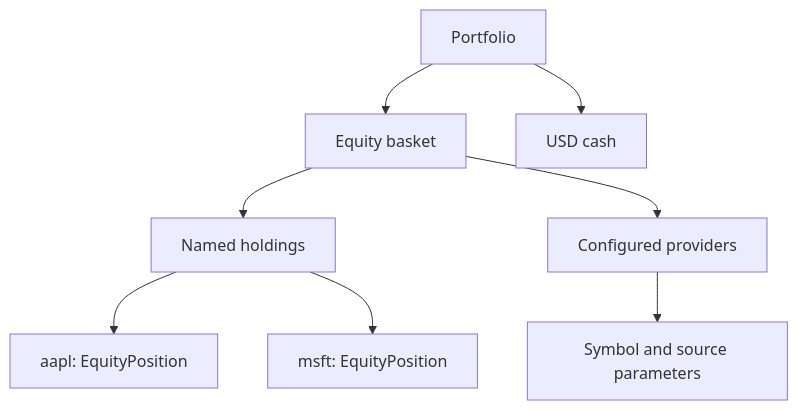
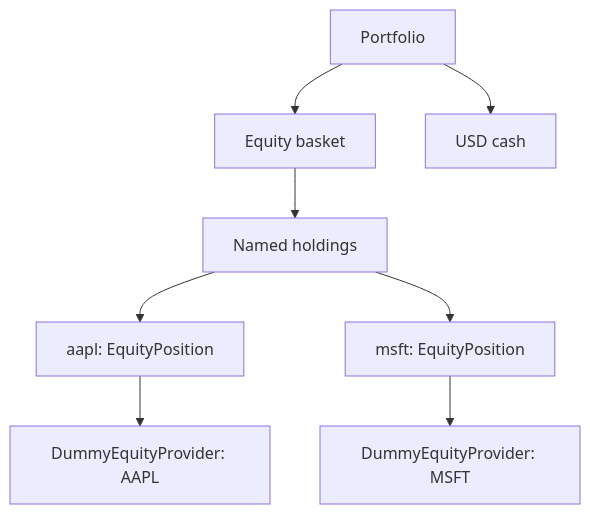
One commit to Code0x58/modello changed the diagram in docs/examples/portfolio/holdings.rst. Above: the diagram before and after it, drawn with Mermaid. The commit also changed other lines of this file and 19 other files, not shown here.

Commit message:
Declare holdings and their providers together

```diff
--- a/docs/examples/portfolio/holdings.rst
+++ b/docs/examples/portfolio/holdings.rst
@@ -67,12 +67,12 @@
 .. mermaid::
    :caption: Portfolio composition and provider bindings
-   :alt: The portfolio contains an equity basket and USD cash. The basket contains named generic equity positions and binds their names to configured data providers.
+   :alt: The portfolio contains an equity basket and USD cash. Each named equity position carries its configured data provider.
 
    flowchart TD
        portfolio[Portfolio] --> basket[Equity basket]
        portfolio --> cash[USD cash]
        basket --> members[Named holdings]
        members --> apple[aapl: EquityPosition]
        members --> microsoft[msft: EquityPosition]
-       basket --> bindings[Configured providers]
-       bindings --> symbols[Symbol and source parameters]
+       apple --> apple_source[DummyEquityProvider: AAPL]
+       microsoft --> microsoft_source[DummyEquityProvider: MSFT]
```
